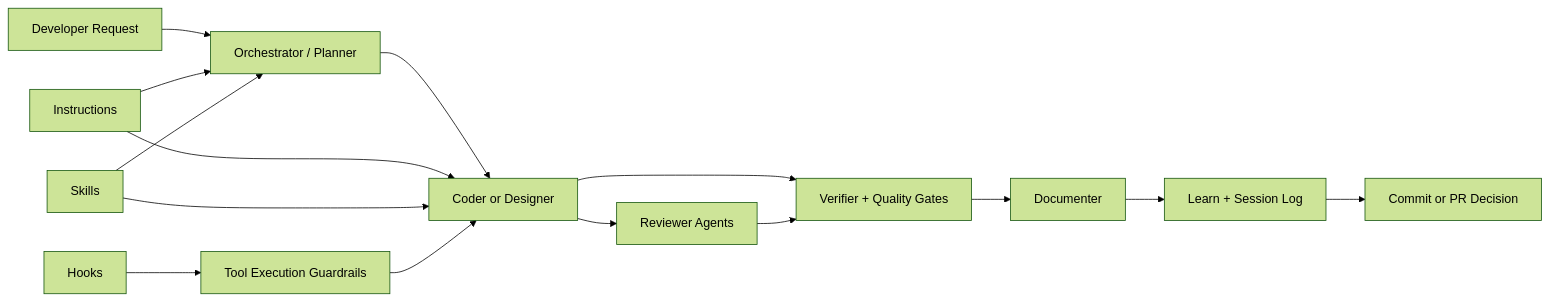
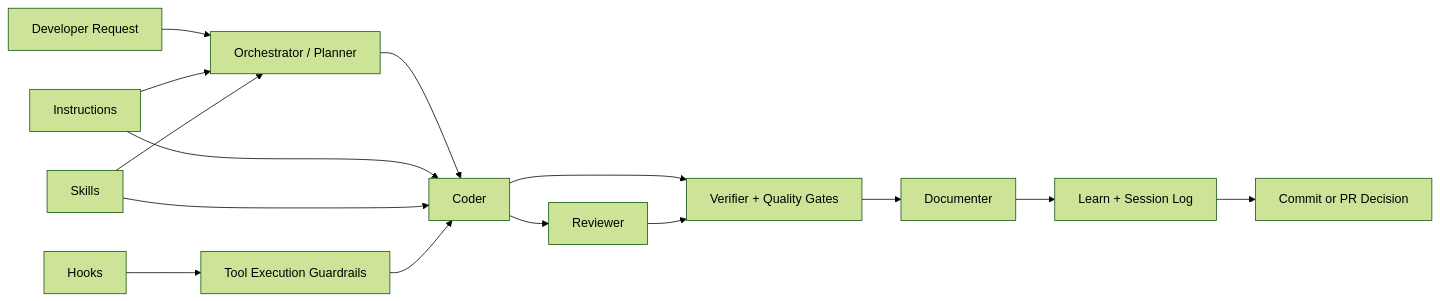
One commit to Ghisso/github_copilot_bootstrap changed the diagram in README.md. Above: the diagram before and after it, drawn with Mermaid (forest theme). The commit also changed other lines of this file and 3 other files, not shown here.

First line of the commit message:
docs: reflect the implemented architecture review across README and docs

````diff
--- a/README.md
+++ b/README.md
@@ -178,22 +183,22 @@
 ```mermaid
 flowchart LR
   U[Developer Request] --> A[Orchestrator / Planner]
-  A --> C[Coder or Designer]
+  A --> C[Coder]
   C --> V[Verifier + Quality Gates]
   V --> D[Documenter]
   D --> L[Learn + Session Log]
 
   I[Instructions] --> A
   I --> C
 
   S[Skills] --> A
   S --> C
 
   H[Hooks] --> T[Tool Execution Guardrails]
   T --> C
 
-  R[Reviewer Agents] --> V
+  R[Reviewer] --> V
   C --> R
 
   L --> O[Commit or PR Decision]
 ```
````
